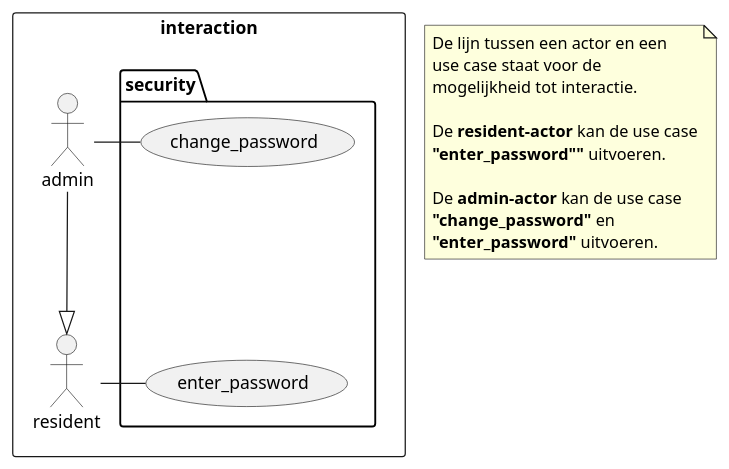
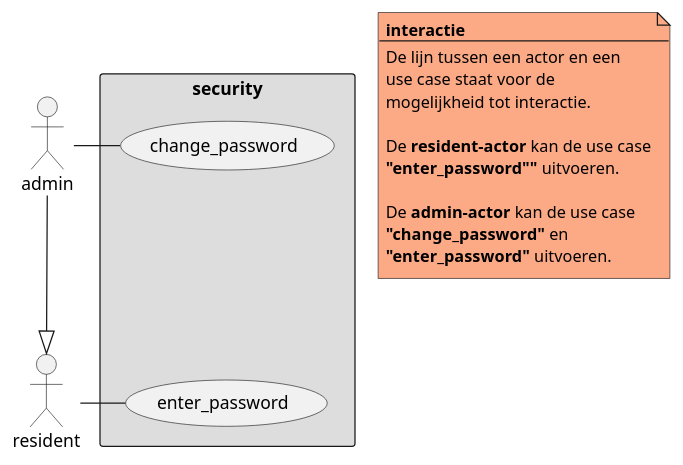
One commit to LukevLuijn/cheat_sheet_osm_mo changed the diagram in plantuml/use_case/actor_interaction.puml. Above: the diagram before and after it, drawn with PlantUML. The commit also changed 28 other files, not shown here.

Commit message:
[cheat-sheet] added colors to all diagrams #2.

```diff
--- a/plantuml/use_case/actor_interaction.puml
+++ b/plantuml/use_case/actor_interaction.puml
@@ -1,34 +1,34 @@
 @startuml
 'https://plantuml.com/use-case-diagram
 
-rectangle r1 as "interaction" {
-    package "security" as p1{
-        usecase enter_password as uc1
-        usecase change_password as uc2
+rectangle "security" as p1 #DDDDDD{
+    usecase enter_password as uc1
+    usecase change_password as uc2
 
-        uc1 -[hidden]up-> uc2
-    }
-
-    actor "admin" as a1
-    actor "resident" as a2
-
-    a1 -right- uc2
-    a2 -right- uc1
-
-    a1 --|> a2
+    uc1 -[hidden]up-> uc2
 }
 
-note as n1
+actor "admin" as a1
+actor "resident" as a2
+
+a1 -right- uc2
+a2 -right- uc1
+
+a1 --|> a2
+
+note as n1 #FCA985
+    **interactie**
+    --
     De lijn tussen een actor en een
     use case staat voor de
     mogelijkheid tot interactie.
 
     De **resident-actor** kan de use case
     **"enter_password""** uitvoeren.
 
     De **admin-actor** kan de use case
     **"change_password"** en
     **"enter_password"** uitvoeren.
 end note
 
 @enduml
```
